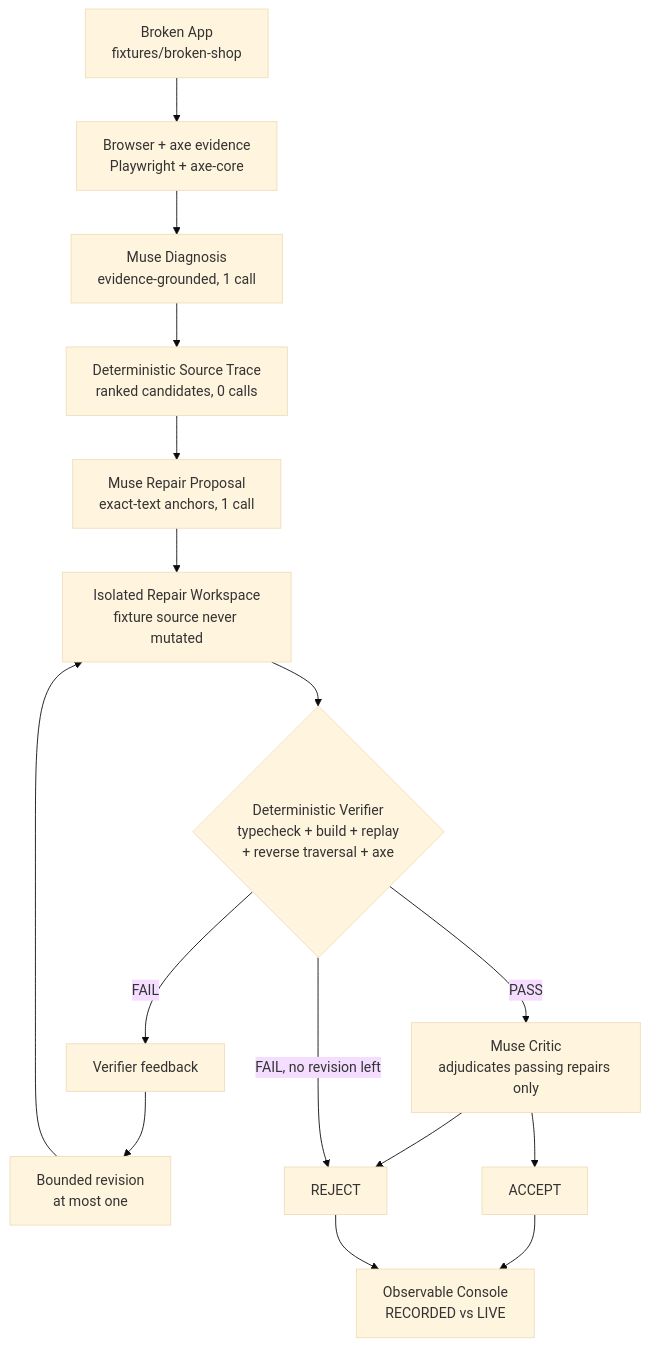
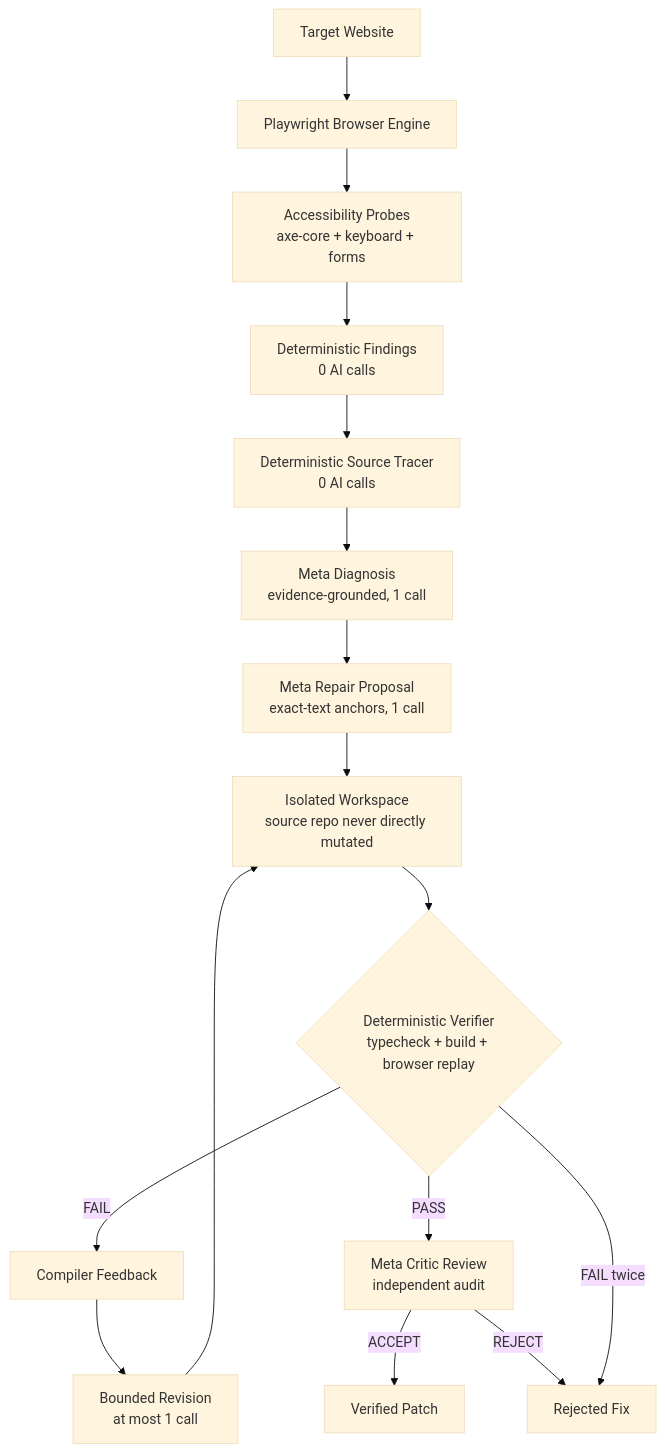
Before and after one commit to Amirtheshwaran/a11yforge: the diagram in README.md, drawn with Mermaid (base theme). The commit also changed other lines of this file and 19 other files, not shown here.

````diff
--- a/README.md
+++ b/README.md
@@ -53,18 +79,22 @@
 ```mermaid
 flowchart TB
-    broken[Broken App<br/>fixtures/broken-shop] --> evidence[Browser + axe evidence<br/>Playwright + axe-core]
-    evidence --> diag[Muse Diagnosis<br/>evidence-grounded, 1 call]
-    diag --> trace[Deterministic Source Trace<br/>ranked candidates, 0 calls]
-    trace --> proposal[Muse Repair Proposal<br/>exact-text anchors, 1 call]
-    proposal --> workspace[Isolated Repair Workspace<br/>fixture source never mutated]
-    workspace --> verifier{Deterministic Verifier<br/>typecheck + build + replay<br/>+ reverse traversal + axe}
-    verifier -->|PASS| critic[Muse Critic<br/>adjudicates passing repairs only]
-    verifier -->|FAIL| feedback[Verifier feedback]
-    feedback --> revision[Bounded revision<br/>at most one]
+    site[Target Website] --> browser[Playwright Browser Engine]
+    browser --> probes[Accessibility Probes<br/>axe-core + keyboard + forms]
+    probes --> findings[Deterministic Findings<br/>0 AI calls]
+    
+    findings --> trace[Deterministic Source Tracer<br/>0 AI calls]
+    trace --> diag[Meta Diagnosis<br/>evidence-grounded, 1 call]
+    diag --> proposal[Meta Repair Proposal<br/>exact-text anchors, 1 call]
+    
+    proposal --> workspace[Isolated Workspace<br/>source repo never directly mutated]
+    workspace --> verifier{Deterministic Verifier<br/>typecheck + build + browser replay}
+    
+    verifier -->|FAIL| feedback[Compiler Feedback]
+    feedback --> revision[Bounded Revision<br/>at most 1 call]
     revision --> workspace
-    critic --> accepted[ACCEPT]
-    critic --> rejected[REJECT]
-    verifier -->|FAIL, no revision left| rejected
-    accepted --> ui[Observable Console<br/>RECORDED vs LIVE]
-    rejected --> ui
+    
+    verifier -->|PASS| critic[Meta Critic Review<br/>independent audit]
+    critic -->|ACCEPT| accepted[Verified Patch]
+    critic -->|REJECT| rejected[Rejected Fix]
+    verifier -->|FAIL twice| rejected
 ```
````
